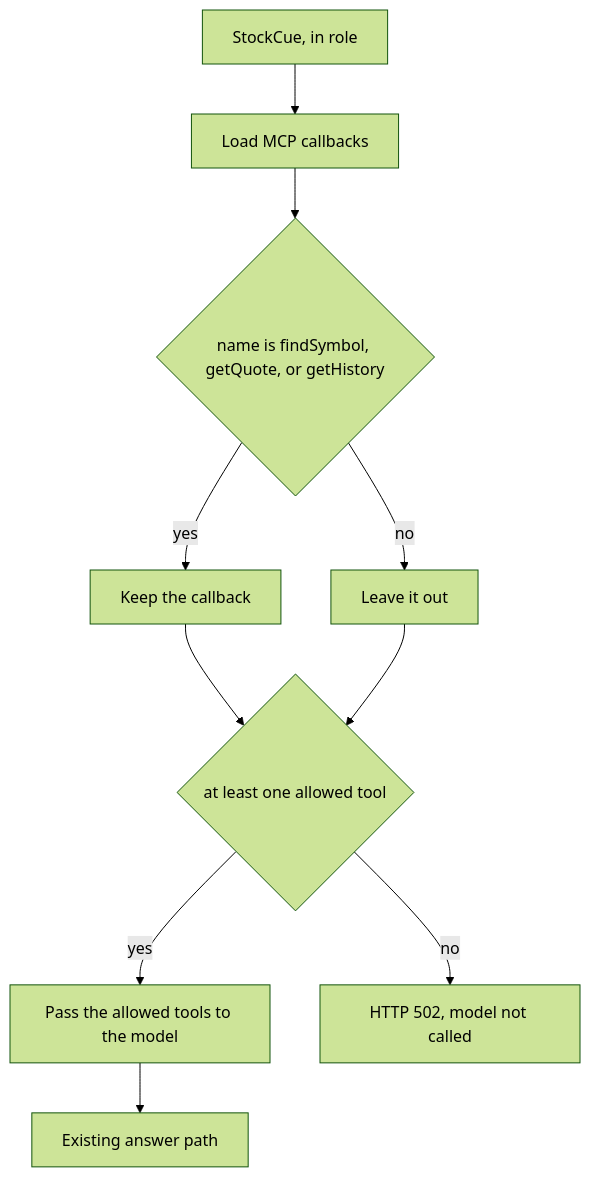
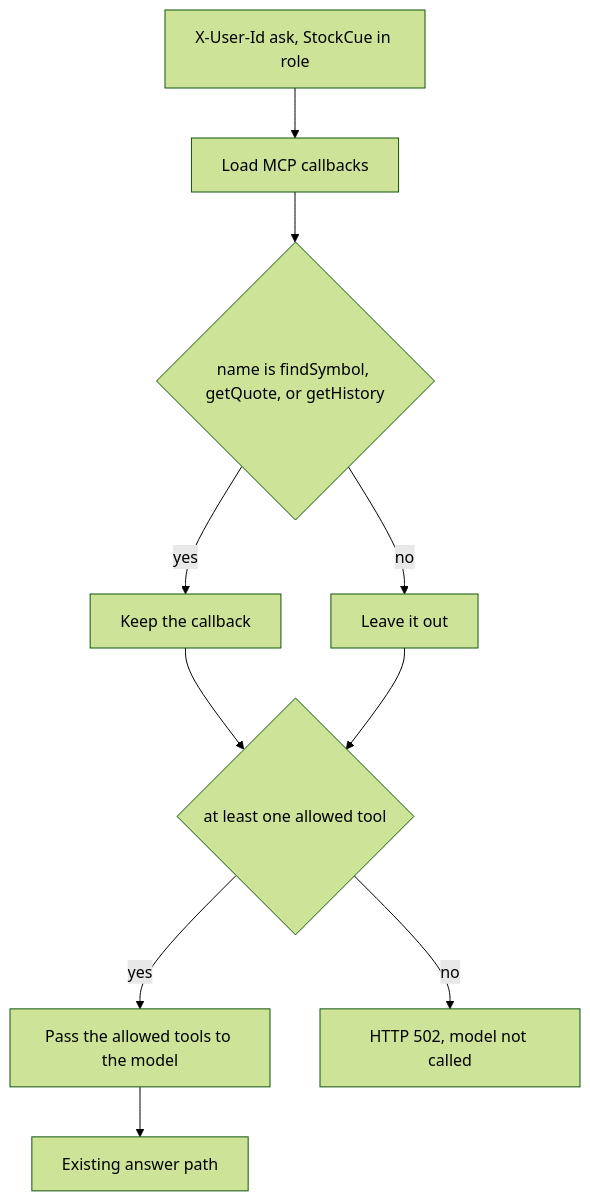
One commit to tufangorel/spring-boot-ai-stock-mcp changed the eighth of 11 diagrams in README.md. Above: the diagram before and after it, drawn with Mermaid (forest theme). The commit also changed other lines of this file and 13 other files, not shown here.

Commit message:
Limit each X-User-Id to 10 stock questions per minute so one caller cannot spend unbounded model calls.

````diff
--- a/README.md
+++ b/README.md
@@ -696,12 +709,12 @@
 ```mermaid
 flowchart TD
-    Cue["StockCue, in role"] --> Load["Load MCP callbacks"]
+    Cue["X-User-Id ask, StockCue in role"] --> Load["Load MCP callbacks"]
     Load --> Keep{"name is findSymbol, getQuote, or getHistory"}
     Keep -->|yes| Allowed["Keep the callback"]
     Keep -->|no| Drop["Leave it out"]
     Allowed --> Any{"at least one allowed tool"}
     Drop --> Any
     Any -->|yes| Model["Pass the allowed tools to the model"]
     Any -->|no| Reject["HTTP 502, model not called"]
     Model --> Answer["Existing answer path"]
 ```
````
